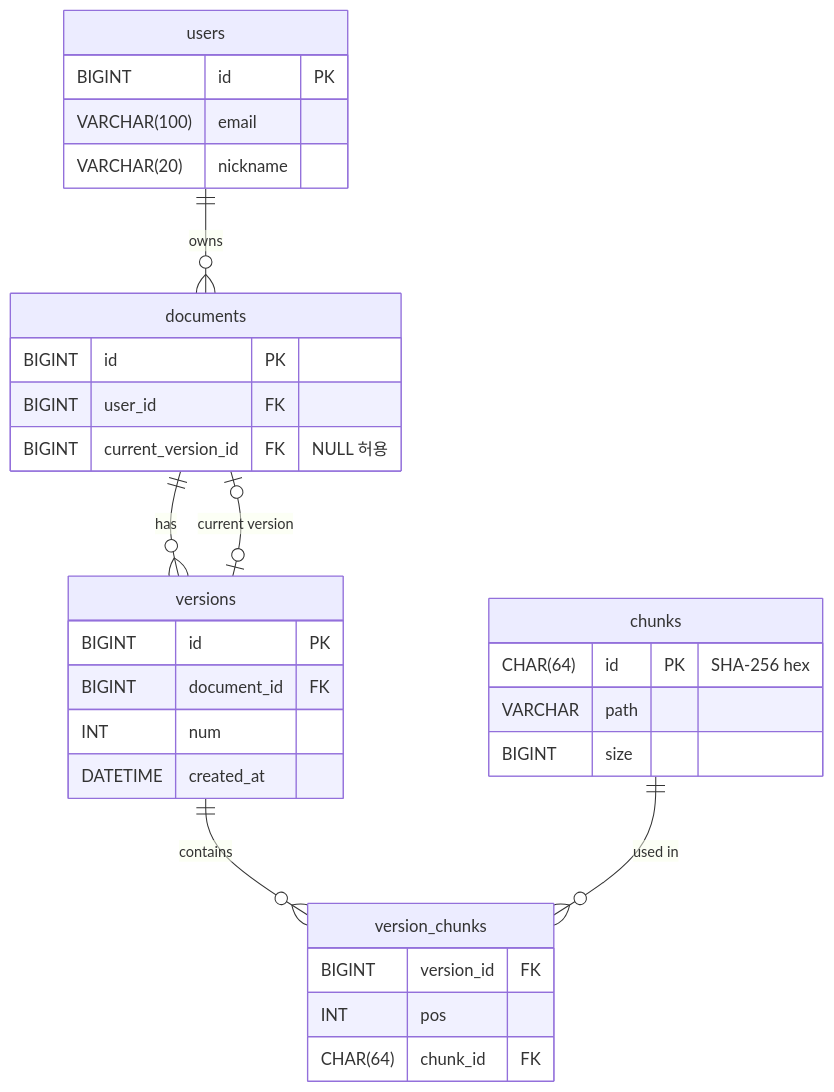
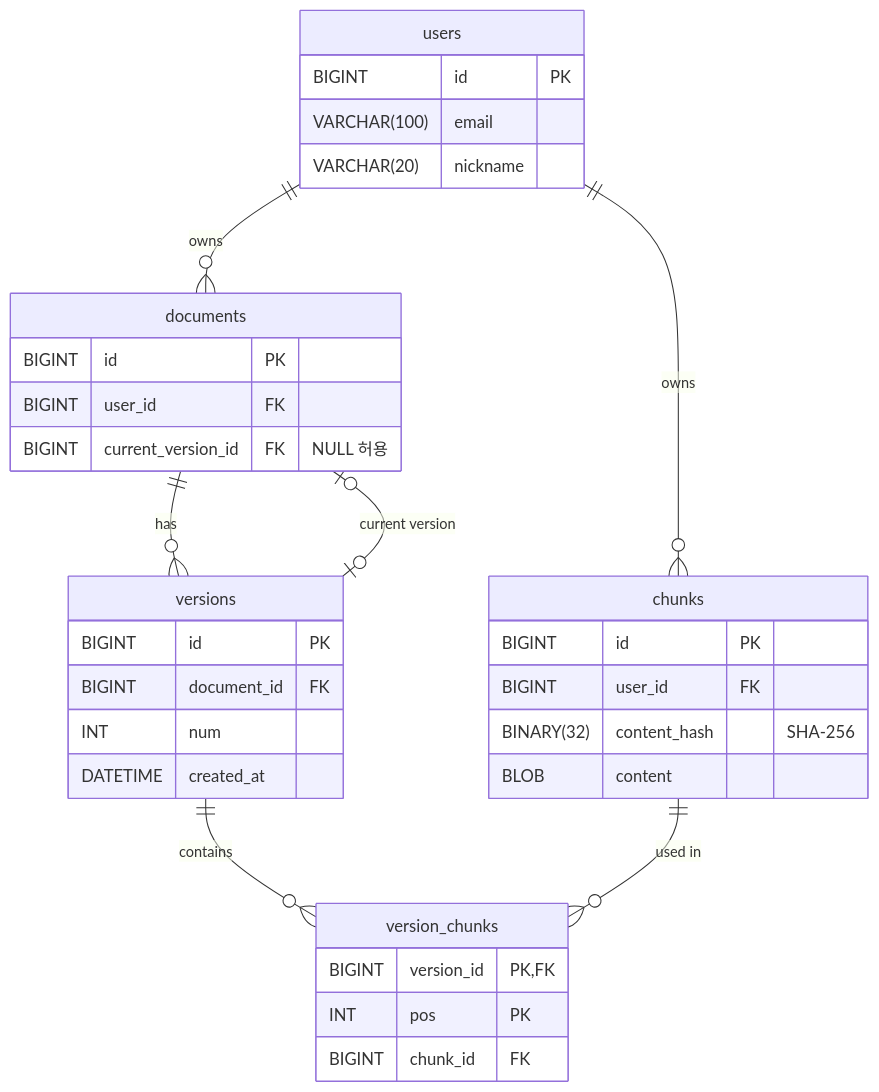
Before and after one commit to mcpejs/notesync: the diagram in docs/ERD.md, drawn with Mermaid. The commit also changed other lines of this file and 1 other file, not shown here.

Commit message:
Add chunk tables stored in DB with per-user hash

````diff
--- a/docs/ERD.md
+++ b/docs/ERD.md
@@ -3,35 +3,37 @@
 ```mermaid
 erDiagram
     users ||--o{ documents : owns
+    users ||--o{ chunks : owns
     documents ||--o{ versions : has
     documents |o--o| versions : "current version"
     versions ||--o{ version_chunks : contains
     chunks ||--o{ version_chunks : "used in"
 
     users {
         BIGINT id PK
         VARCHAR(100) email
         VARCHAR(20) nickname
     }
     documents {
         BIGINT id PK
         BIGINT user_id FK
         BIGINT current_version_id FK "NULL 허용"
     }
     versions {
         BIGINT id PK
         BIGINT document_id FK
         INT num
         DATETIME created_at
     }
     chunks {
-        CHAR(64) id PK "SHA-256 hex"
-        VARCHAR path
-        BIGINT size
+        BIGINT id PK
+        BIGINT user_id FK
+        BINARY(32) content_hash "SHA-256"
+        BLOB content
     }
     version_chunks {
-        BIGINT version_id FK
-        INT pos
-        CHAR(64) chunk_id FK
+        BIGINT version_id PK, FK
+        INT pos PK
+        BIGINT chunk_id FK
     }
 ```
````
